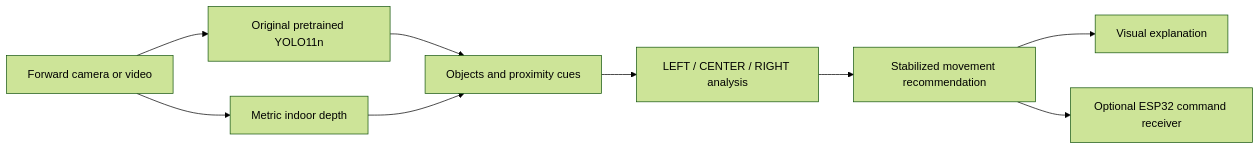
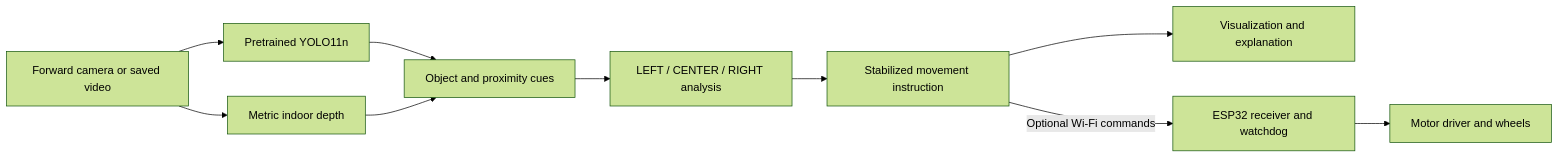
Before and after one commit to thebaynal/Vision-Drive: the diagram in README.md, drawn with Mermaid (forest theme). The commit also changed other lines of this file, not shown here.

````diff
--- a/README.md
+++ b/README.md
@@ -19,11 +48,12 @@
 ```mermaid
 flowchart LR
-    A[Forward camera or video] --> B[Original pretrained YOLO11n]
+    A[Forward camera or saved video] --> B[Pretrained YOLO11n]
     A --> C[Metric indoor depth]
-    B --> D[Objects and proximity cues]
+    B --> D[Object and proximity cues]
     C --> D
     D --> E[LEFT / CENTER / RIGHT analysis]
-    E --> F[Stabilized movement recommendation]
-    F --> G[Visual explanation]
-    F --> H[Optional ESP32 command receiver]
+    E --> F[Stabilized movement instruction]
+    F --> G[Visualization and explanation]
+    F -->|Optional Wi-Fi commands| H[ESP32 receiver and watchdog]
+    H --> I[Motor driver and wheels]
 ```
````
